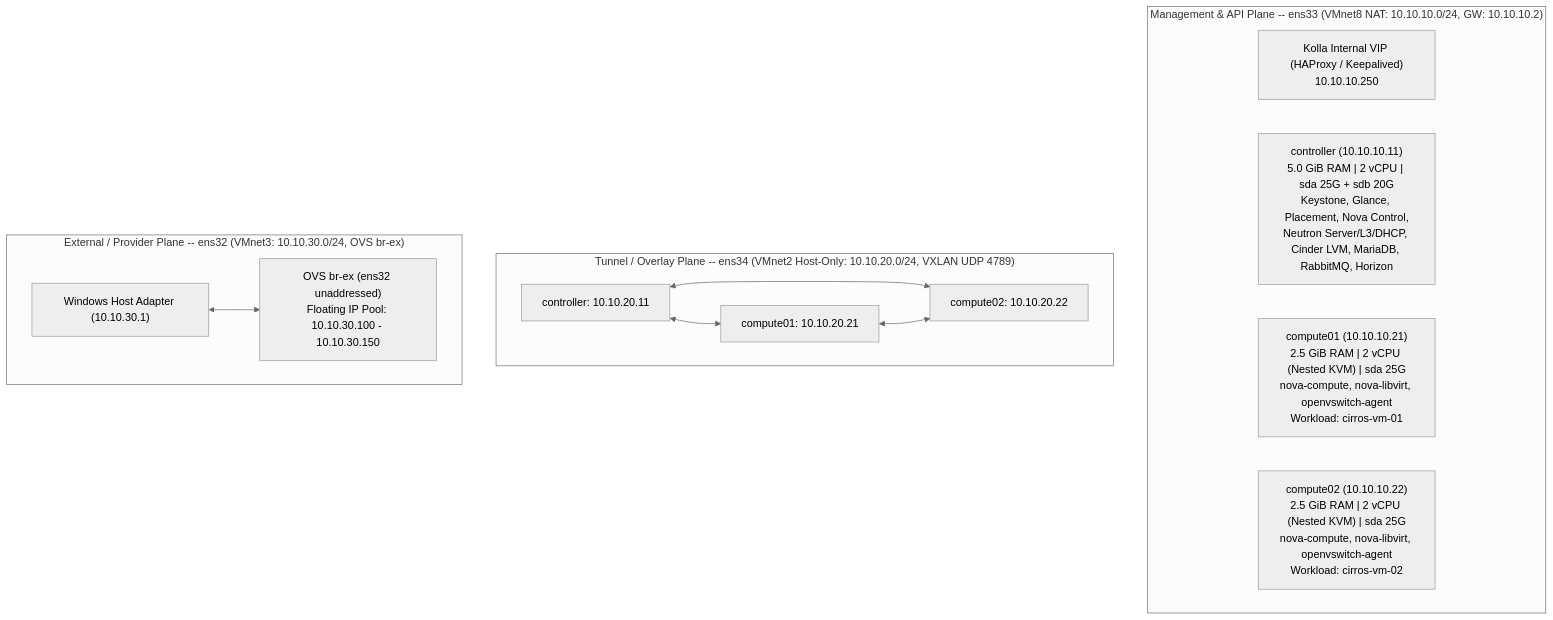
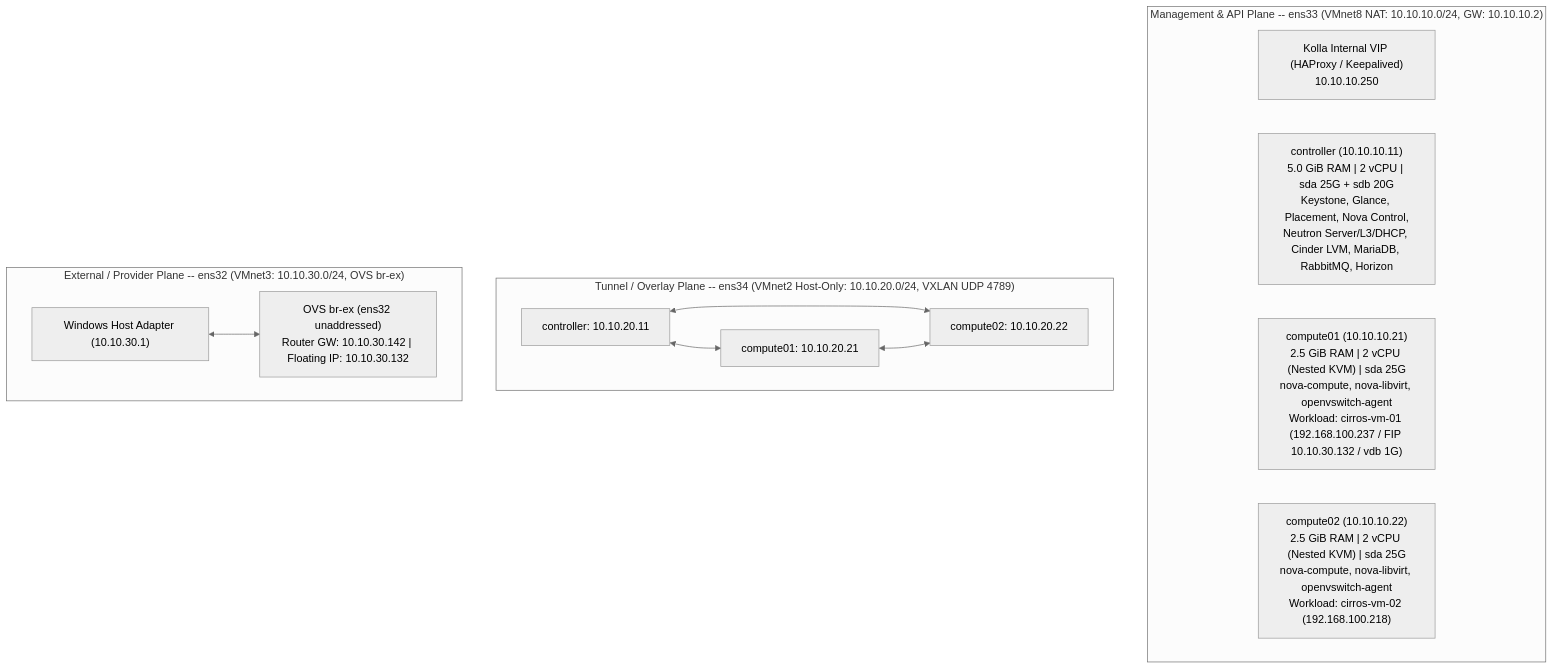
Before and after one commit to whysari/openstack-caracal-multinode: the diagram in README.md, drawn with Mermaid (neutral theme). The commit also changed other lines of this file and 4 other files, not shown here.

````diff
--- a/README.md
+++ b/README.md
@@ -19,19 +19,19 @@
 ```mermaid
 flowchart TB
     subgraph MGMT["Management & API Plane -- ens33 (VMnet8 NAT: 10.10.10.0/24, GW: 10.10.10.2)"]
         VIP["Kolla Internal VIP (HAProxy / Keepalived)<br/>10.10.10.250"]
         CTRL["controller (10.10.10.11)<br/>5.0 GiB RAM | 2 vCPU | sda 25G + sdb 20G<br/>Keystone, Glance, Placement, Nova Control,<br/>Neutron Server/L3/DHCP, Cinder LVM, MariaDB, RabbitMQ, Horizon"]
-        COMP1["compute01 (10.10.10.21)<br/>2.5 GiB RAM | 2 vCPU (Nested KVM) | sda 25G<br/>nova-compute, nova-libvirt, openvswitch-agent<br/>Workload: cirros-vm-01"]
-        COMP2["compute02 (10.10.10.22)<br/>2.5 GiB RAM | 2 vCPU (Nested KVM) | sda 25G<br/>nova-compute, nova-libvirt, openvswitch-agent<br/>Workload: cirros-vm-02"]
+        COMP1["compute01 (10.10.10.21)<br/>2.5 GiB RAM | 2 vCPU (Nested KVM) | sda 25G<br/>nova-compute, nova-libvirt, openvswitch-agent<br/>Workload: cirros-vm-01 (192.168.100.237 / FIP 10.10.30.132 / vdb 1G)"]
+        COMP2["compute02 (10.10.10.22)<br/>2.5 GiB RAM | 2 vCPU (Nested KVM) | sda 25G<br/>nova-compute, nova-libvirt, openvswitch-agent<br/>Workload: cirros-vm-02 (192.168.100.218)"]
     end
 
     subgraph TUN["Tunnel / Overlay Plane -- ens34 (VMnet2 Host-Only: 10.10.20.0/24, VXLAN UDP 4789)"]
         CTRL_T["controller: 10.10.20.11"] <--> COMP1_T["compute01: 10.10.20.21"]
         CTRL_T <--> COMP2_T["compute02: 10.10.20.22"]
         COMP1_T <--> COMP2_T
     end
 
     subgraph EXT["External / Provider Plane -- ens32 (VMnet3: 10.10.30.0/24, OVS br-ex)"]
-        HOST_GW["Windows Host Adapter (10.10.30.1)"] <--> BREX["OVS br-ex (ens32 unaddressed)<br/>Floating IP Pool: 10.10.30.100 - 10.10.30.150"]
+        HOST_GW["Windows Host Adapter (10.10.30.1)"] <--> BREX["OVS br-ex (ens32 unaddressed)<br/>Router GW: 10.10.30.142 | Floating IP: 10.10.30.132"]
     end
 ```
````
